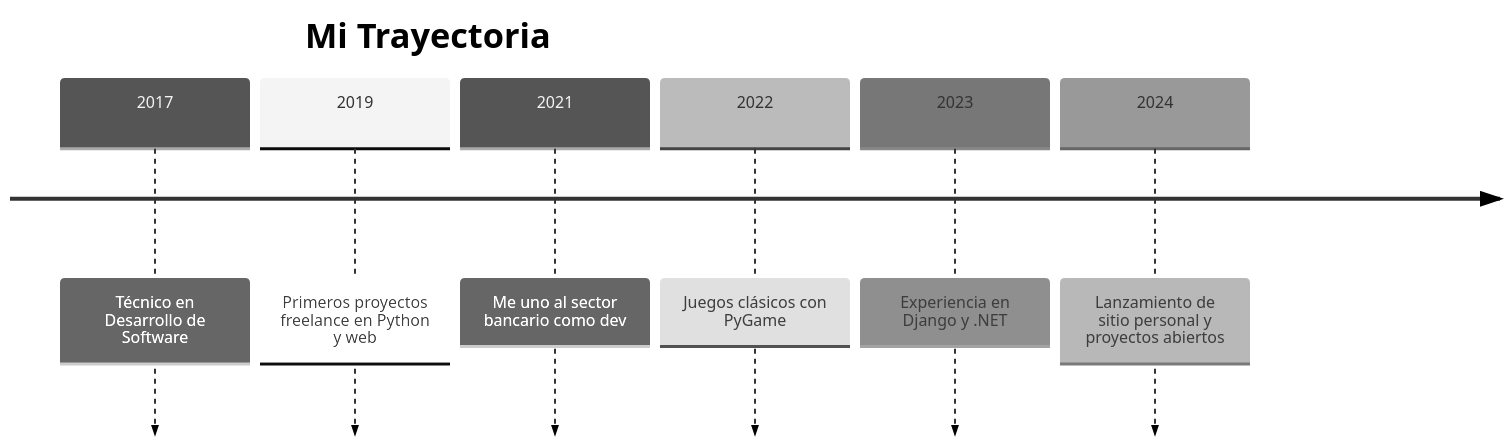
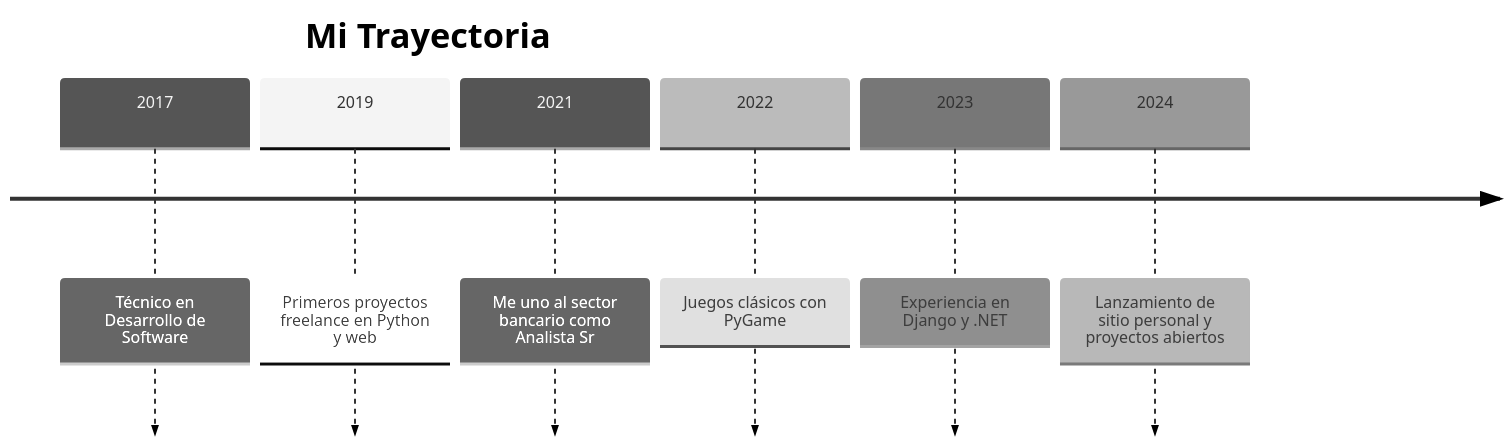
Before and after one commit to MBerisvil/MBerisvil: the first of 2 diagrams in README.md, drawn with Mermaid (neutral theme).

````diff
--- a/README.md
+++ b/README.md
@@ -39,10 +39,10 @@
 ```mermaid
 timeline
     title Mi Trayectoria
     2017 : Técnico en Desarrollo de Software
     2019 : Primeros proyectos freelance en Python y web
-    2021 : Me uno al sector bancario como dev
+    2021 : Me uno al sector bancario como Analista Sr
     2022 : Juegos clásicos con PyGame
     2023 : Experiencia en Django y .NET
     2024 : Lanzamiento de sitio personal y proyectos abiertos
 ```
````
